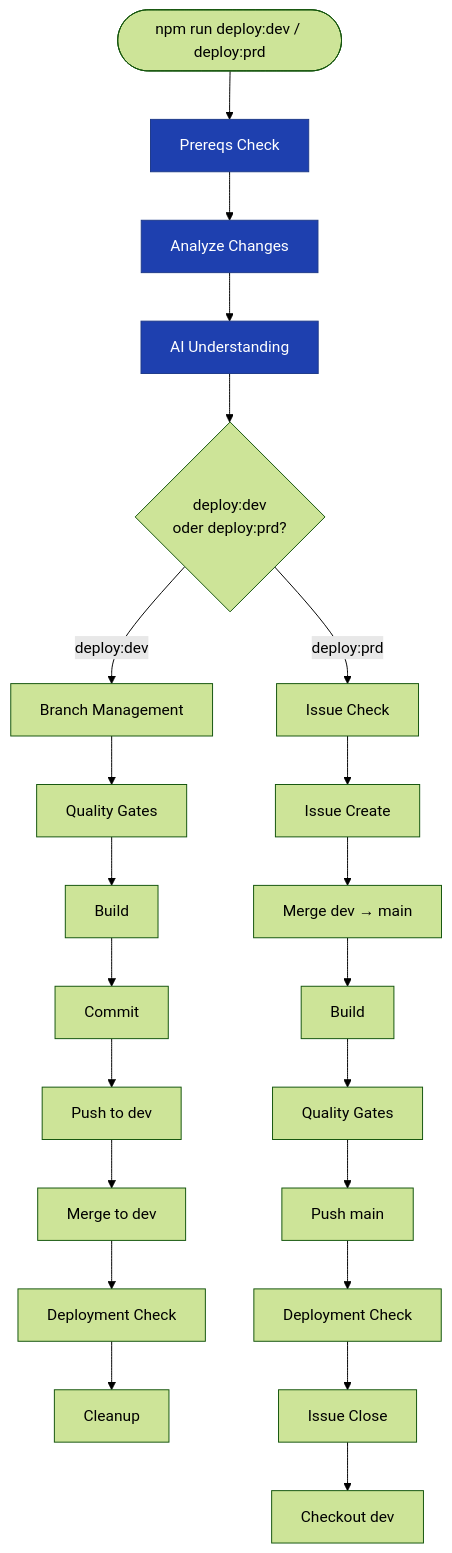
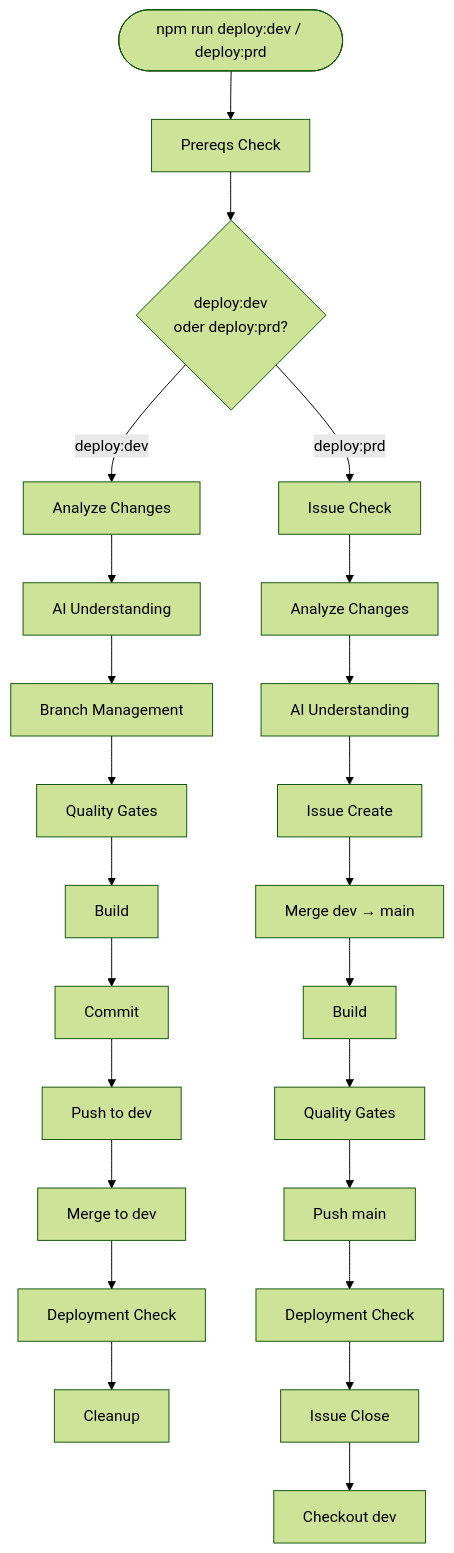
The diagram in docs/features/fr006-autodeploy.md (Frickeldave/frickeldave.github.io), drawn with Mermaid (forest theme) before and after one commit. The commit also changed other lines of this file and 1 other file, not shown here.

````diff
--- a/docs/features/fr006-autodeploy.md
+++ b/docs/features/fr006-autodeploy.md
@@ -45,38 +45,37 @@
 ```mermaid
 flowchart TD
   start(["npm run deploy:dev / deploy:prd"])
   prereqs["Prereqs Check"]
-  analyze["Analyze Changes"]
-  ai["AI Understanding"]
   split{"deploy:dev\noder deploy:prd?"}
 
+  d_analyze["Analyze Changes"]
+  d_ai["AI Understanding"]
   d1["Branch Management"]
   d2["Quality Gates"]
   d3["Build"]
   d4["Commit"]
   d5["Push to dev"]
   d6["Merge to dev"]
   d7["Deployment Check"]
   d8["Cleanup"]
 
   p1["Issue Check"]
+  p_analyze["Analyze Changes"]
+  p_ai["AI Understanding"]
   p2["Issue Create"]
   p3["Merge dev → main"]
   p4["Build"]
   p5["Quality Gates"]
   p6["Push main"]
   p7["Deployment Check"]
   p8["Issue Close"]
   p9["Checkout dev"]
 
-  start --> prereqs --> analyze --> ai --> split
+  start --> prereqs --> split
 
-  split -->|"deploy:dev"| d1
-  d1 --> d2 --> d3 --> d4 --> d5 --> d6 --> d7 --> d8
+  split -->|"deploy:dev"| d_analyze
+  d_analyze --> d_ai --> d1 --> d2 --> d3 --> d4 --> d5 --> d6 --> d7 --> d8
 
   split -->|"deploy:prd"| p1
-  p1 --> p2 --> p3 --> p4 --> p5 --> p6 --> p7 --> p8 --> p9
-
-  classDef shared fill:#1e40af,color:#fff,stroke:#1e3a8a
-  class prereqs,analyze,ai shared
+  p1 --> p_analyze --> p_ai --> p2 --> p3 --> p4 --> p5 --> p6 --> p7 --> p8 --> p9
 ```
````
